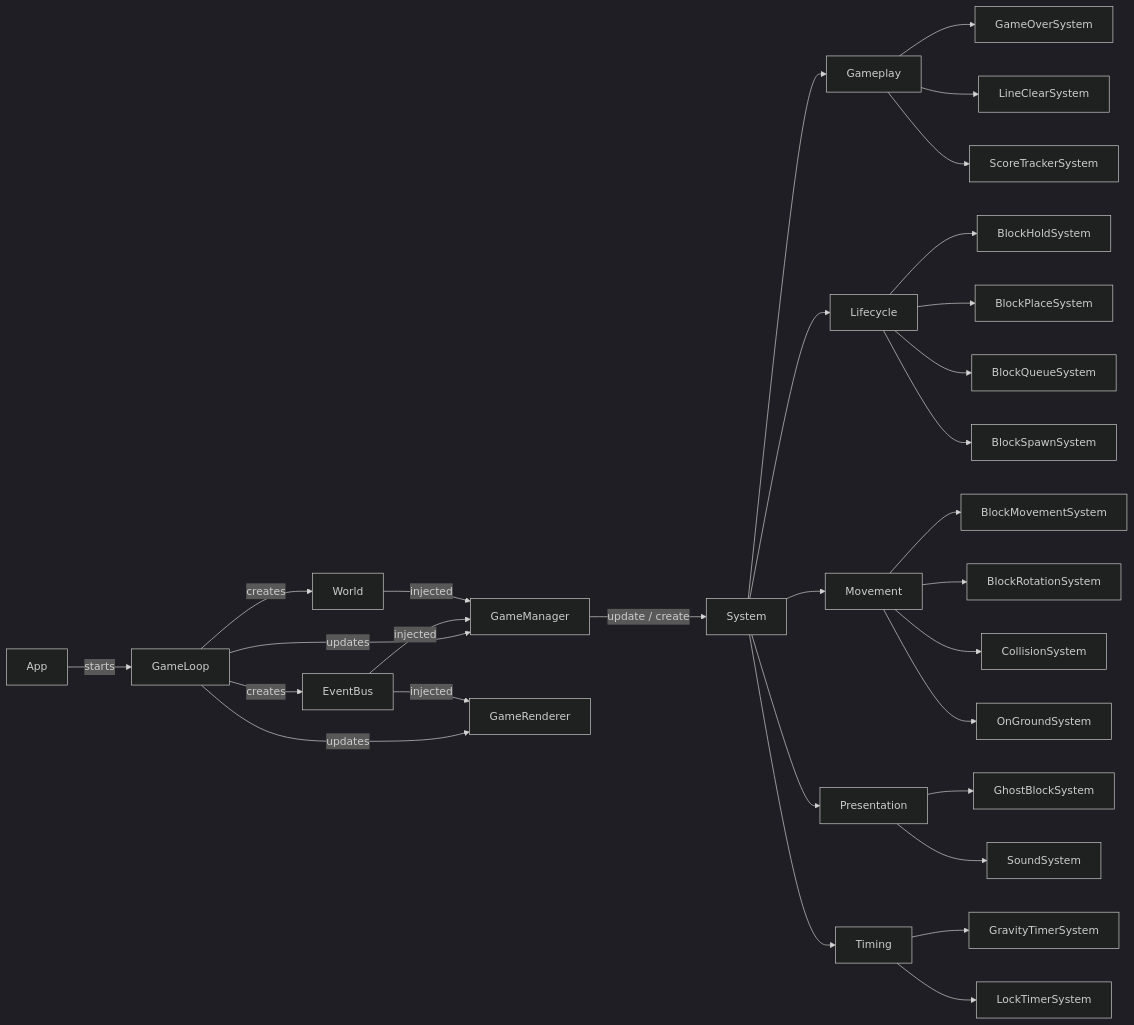
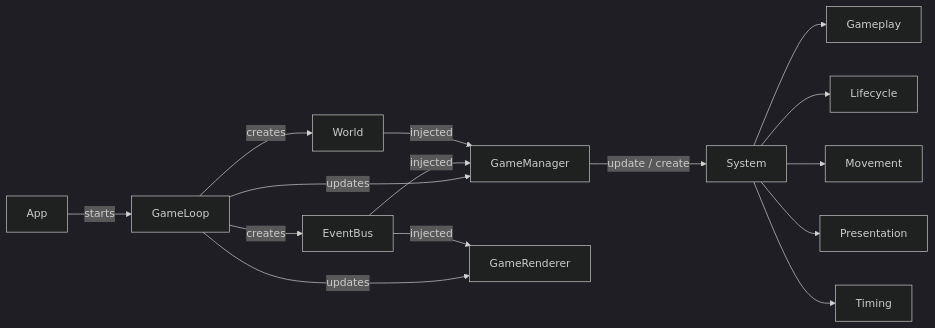
One commit to BFUR64/tetrue-lite changed the first of 3 diagrams in README.md. Above: the diagram before and after it, drawn with Mermaid (dark theme).

Commit message:
Remove gameplay and system entries from README
Removed several gameplay and system-related entries from the README.

````diff
--- a/README.md
+++ b/README.md
@@ -103,42 +103,22 @@
 ```mermaid
 flowchart LR
     App -->|starts| GameLoop
 
     GameLoop -->|updates| GameManager
     GameLoop -->|updates| GameRenderer
     GameLoop -->|creates| EventBus
     GameLoop -->|creates| World
 
     EventBus -->|injected| GameManager
     EventBus -->|injected| GameRenderer
 
     World -->|injected| GameManager
 
     GameManager -->|update / create| System
 
     System --> Gameplay
     System --> Lifecycle
     System --> Movement
     System --> Presentation
     System --> Timing
-
-    Gameplay --> GameOverSystem
-    Gameplay --> LineClearSystem
-    Gameplay --> ScoreTrackerSystem
-
-    Lifecycle --> BlockHoldSystem
-    Lifecycle --> BlockPlaceSystem
-    Lifecycle --> BlockQueueSystem
-    Lifecycle --> BlockSpawnSystem
-
-    Movement --> BlockMovementSystem
-    Movement --> BlockRotationSystem
-    Movement --> CollisionSystem
-    Movement --> OnGroundSystem
-
-    Presentation --> GhostBlockSystem
-	  Presentation --> SoundSystem
-
-	  Timing --> GravityTimerSystem
-	  Timing --> LockTimerSystem
 ```
````
